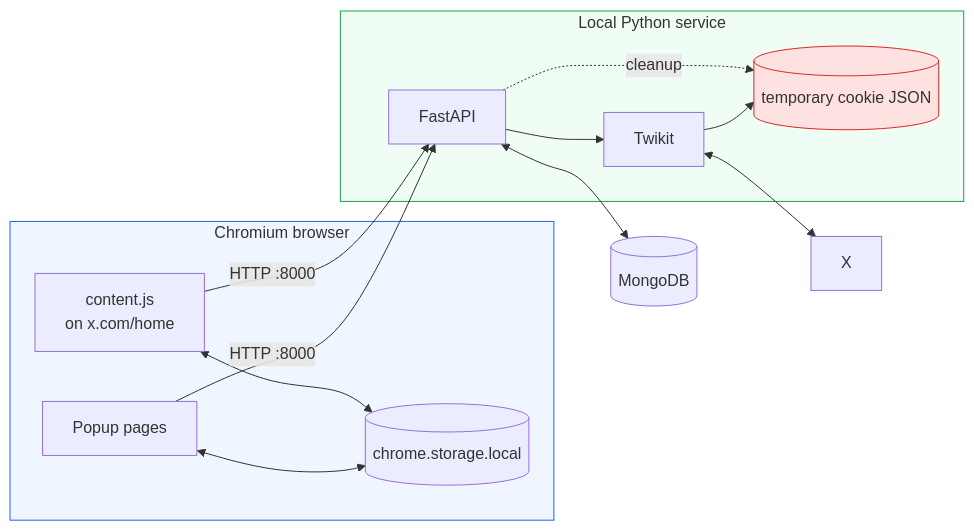
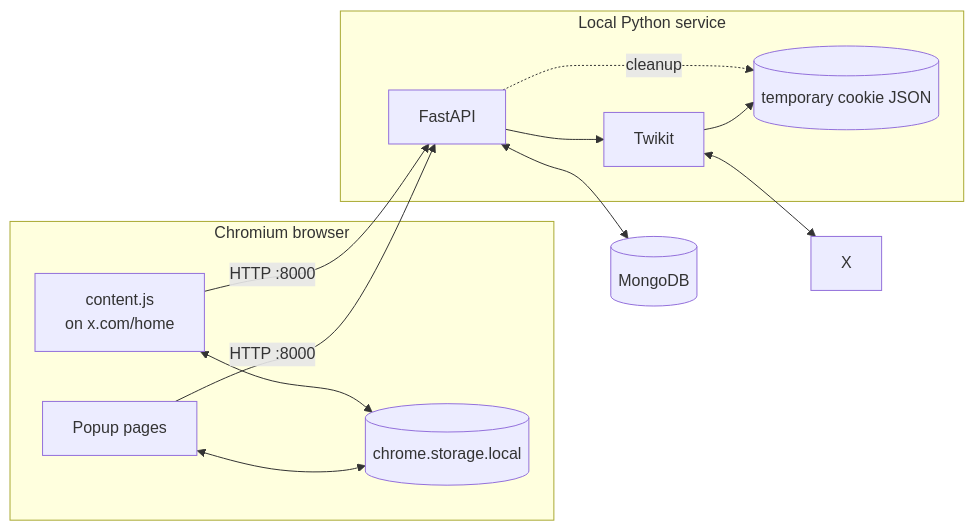
The first of 6 diagrams in docs/architecture.md (SidheshwarSarangal/X_feed_extension), drawn with Mermaid before and after one commit. The commit also changed other lines of this file and 4 other files, not shown here.

````diff
--- a/docs/architecture.md
+++ b/docs/architecture.md
@@ -7,31 +7,28 @@
 ```mermaid
 flowchart LR
     subgraph Browser[Chromium browser]
         Popup[Popup pages]
         Content[content.js<br/>on x.com/home]
         Storage[(chrome.storage.local)]
     end
 
     subgraph Local[Local Python service]
         API[FastAPI]
         Client[Twikit]
         Temp[(temporary cookie JSON)]
     end
 
     Mongo[(MongoDB)]
     X[X]
 
     Popup -->|HTTP :8000| API
     Popup <--> Storage
     Content <--> Storage
     Content -->|HTTP :8000| API
     API <--> Mongo
     API --> Client
     Client <--> X
     Client --> Temp
     API -. cleanup .-> Temp
 
-    style Browser fill:#eff6ff,stroke:#2563eb
-    style Local fill:#f0fdf4,stroke:#16a34a
-    style Temp fill:#fee2e2,stroke:#dc2626
 ```
````
